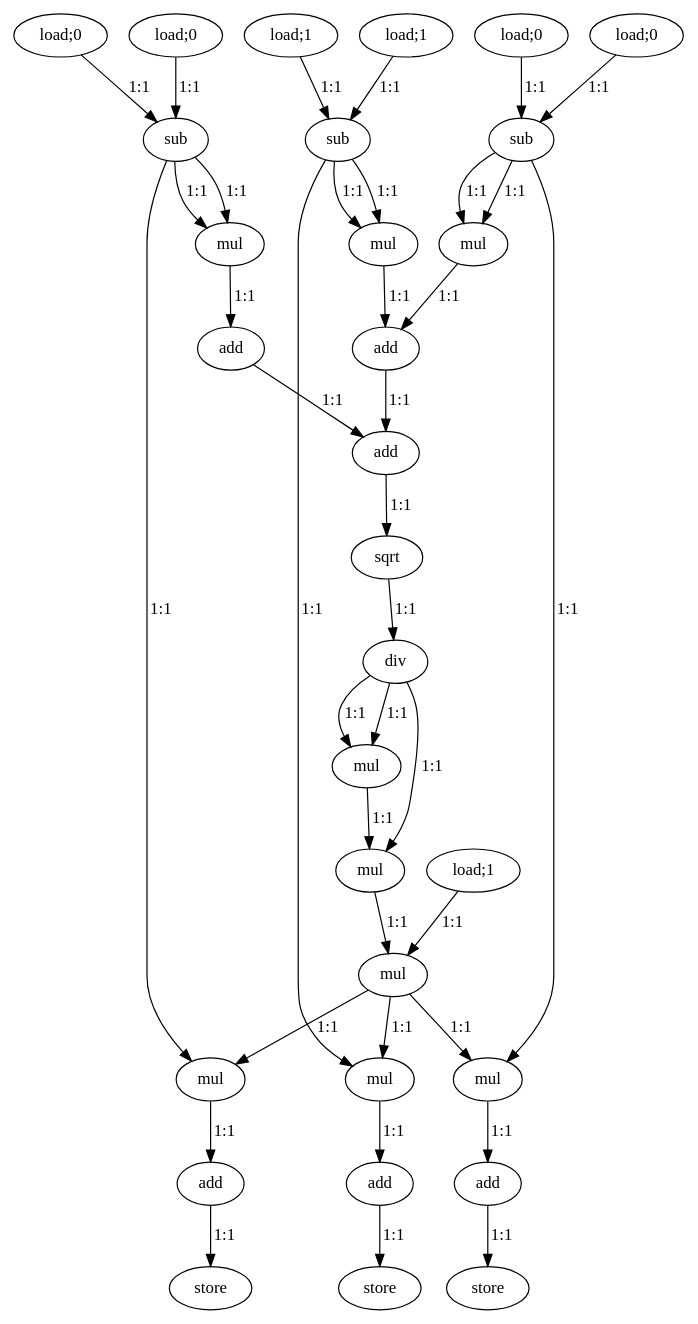
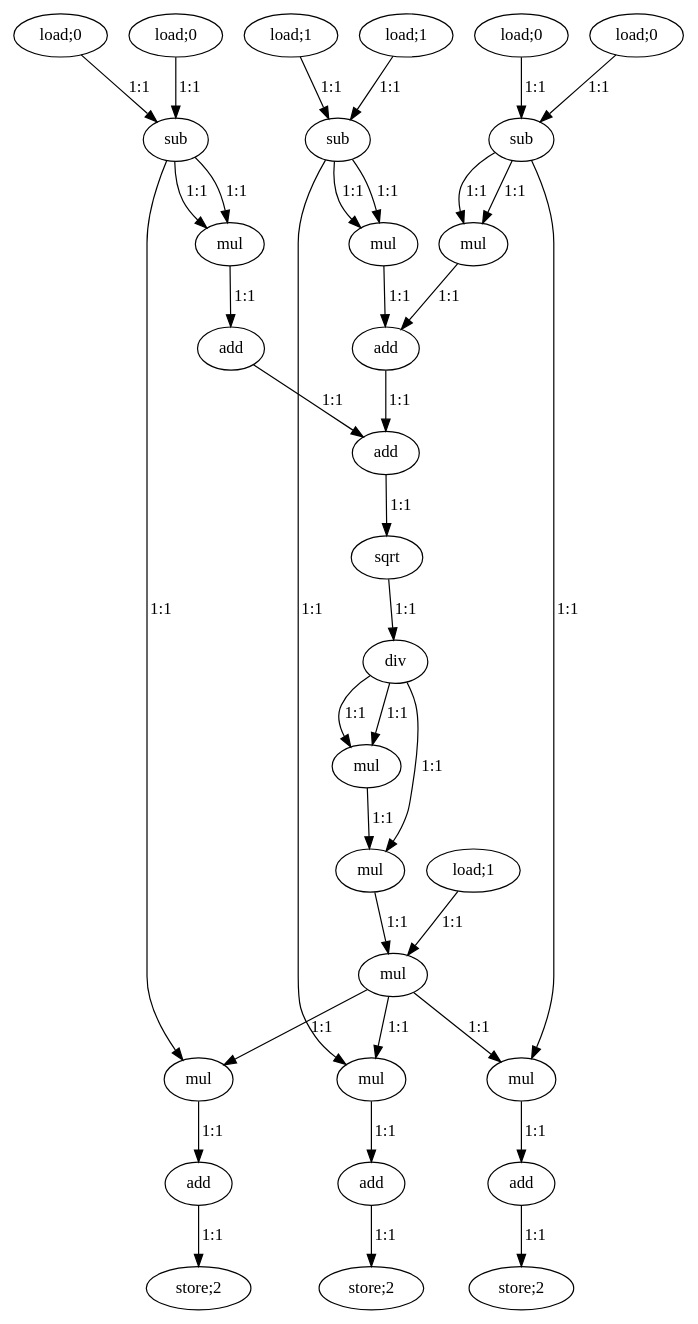
One commit to nikhilsambhus/DFGprop changed the diagram in large_dfgs/NBody.dot. Above: the diagram before and after it, drawn with Graphviz. The commit also changed 13 other files, not shown here.

```diff
--- a/large_dfgs/NBody.dot
+++ b/large_dfgs/NBody.dot
@@ -1,74 +1,74 @@
 digraph {
   0 [label="load;0"];
   1 [label="load;0"];
   2 [label="load;0"];
   3 [label="load;0"];
   4 [label="load;1"];
   5 [label="load;1"];
   6 [label="sub"];
   7 [label="sub"];
   8 [label="sub"];
   9 [label="mul"];
   10 [label="mul"];
   11 [label="mul"];
   12 [label="add"];
   13 [label="add"];
   14 [label="add"];
   15 [label="sqrt"];
   16 [label="div"];
   17 [label="mul"];
   18 [label="load;1"];
   19 [label="mul"];
   20 [label="mul"];
   21 [label="mul"];
   22 [label="mul"];
   23 [label="mul"];
   24 [label="add"];
   25 [label="add"];
   26 [label="add"];
-  27 [label="store"];
-  28 [label="store"];
-  29 [label="store"];
+  27 [label="store;2"];
+  28 [label="store;2"];
+  29 [label="store;2"];
 
   0->6 [label="1:1"];
   1->6 [label="1:1"];
   2->7 [label="1:1"];
   3->7 [label="1:1"];
   4->8 [label="1:1"];
   5->8 [label="1:1"];
   6->21 [label="1:1"];
   6->9 [label="1:1"];
   6->9 [label="1:1"];
   7->22 [label="1:1"];
   7->10 [label="1:1"];
   7->10 [label="1:1"];
   8->23 [label="1:1"];
   8->11 [label="1:1"];
   8->11 [label="1:1"];
   9->12 [label="1:1"];
   10->13 [label="1:1"];
   11->12 [label="1:1"];
   12->14 [label="1:1"];
   13->14 [label="1:1"];
   14->15 [label="1:1"];
   15->16 [label="1:1"];
   16->17 [label="1:1"];
   16->17 [label="1:1"];
   16->19 [label="1:1"];
   17->19 [label="1:1"];
   18->20 [label="1:1"];
   19->20 [label="1:1"];
   20->21 [label="1:1"];
   20->22 [label="1:1"];
   20->23 [label="1:1"];
   21->24 [label="1:1"];
   22->25 [label="1:1"];
   23->26 [label="1:1"];
   24->27 [label="1:1"];
   25->28 [label="1:1"];
   26->29 [label="1:1"];
 
 
 
 
 }
```
